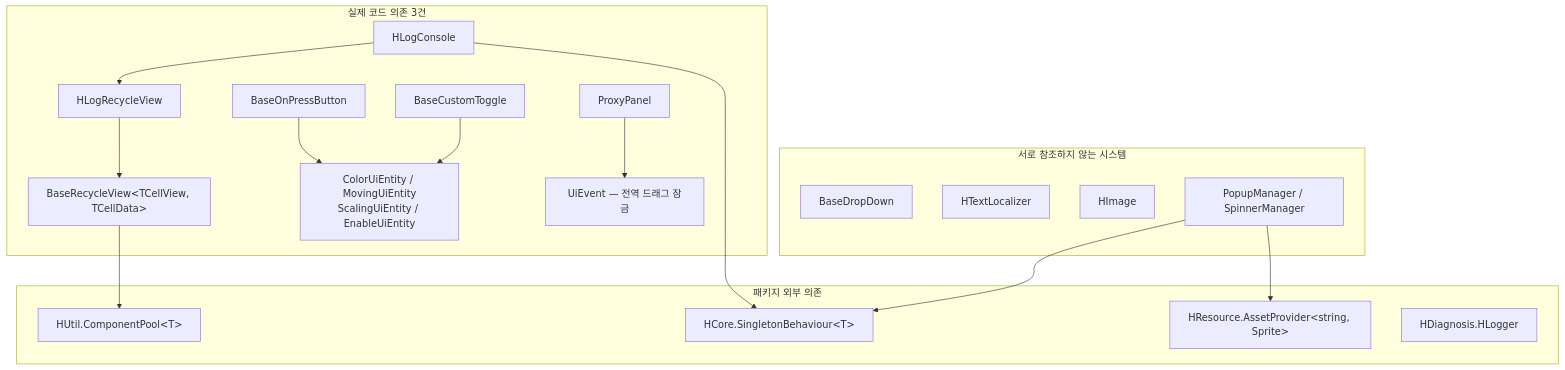
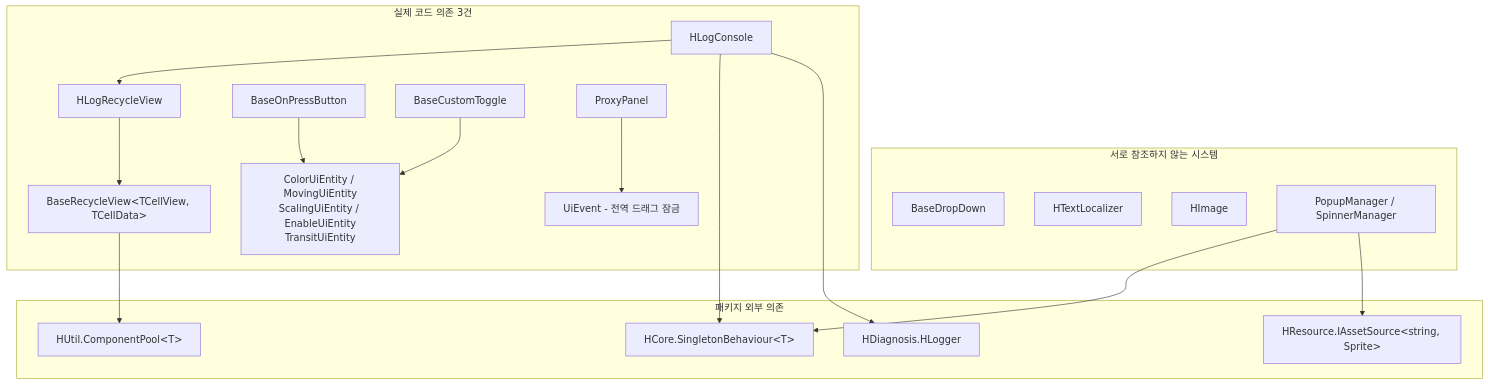
The first of 2 diagrams in HUI/Runtime/README.md (HoHong123/HCUP-Unity), drawn with Mermaid before and after one commit. The commit also changed other lines of this file, not shown here.

````diff
--- a/HUI/Runtime/README.md
+++ b/HUI/Runtime/README.md
@@ -39,29 +39,30 @@
 ```mermaid
 flowchart TD
     subgraph 독립["서로 참조하지 않는 시스템"]
     DD["BaseDropDown"]
     TX["HTextLocalizer"]
     IM["HImage"]
     OV["PopupManager / SpinnerManager"]
     end
 
     subgraph 결합["실제 코드 의존 3건"]
     DC["HLogConsole"] --> RV["HLogRecycleView"]
     RV --> BRV["BaseRecycleView&lt;TCellView, TCellData&gt;"]
-    BTN["BaseOnPressButton"] --> ENT["ColorUiEntity / MovingUiEntity<br/>ScalingUiEntity / EnableUiEntity"]
+    BTN["BaseOnPressButton"] --> ENT["ColorUiEntity / MovingUiEntity<br/>ScalingUiEntity / EnableUiEntity<br/>TransitUiEntity"]
     TG["BaseCustomToggle"] --> ENT
-    PP["ProxyPanel"] --> UE["UiEvent — 전역 드래그 잠금"]
+    PP["ProxyPanel"] --> UE["UiEvent - 전역 드래그 잠금"]
     end
 
     subgraph 외부["패키지 외부 의존"]
     HC["HCore.SingletonBehaviour&lt;T&gt;"]
     HU["HUtil.ComponentPool&lt;T&gt;"]
-    HR["HResource.AssetProvider&lt;string, Sprite&gt;"]
+    HR["HResource.IAssetSource&lt;string, Sprite&gt;"]
     HD["HDiagnosis.HLogger"]
     end
 
     OV --> HC
     DC --> HC
+    DC --> HD
     BRV --> HU
     OV --> HR
 ```
````
